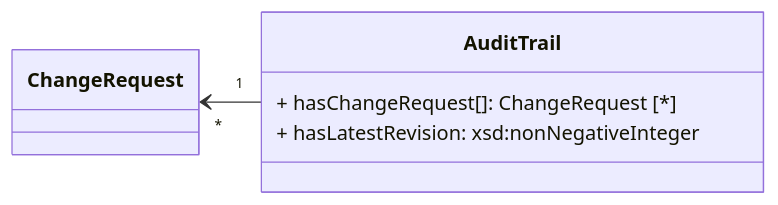
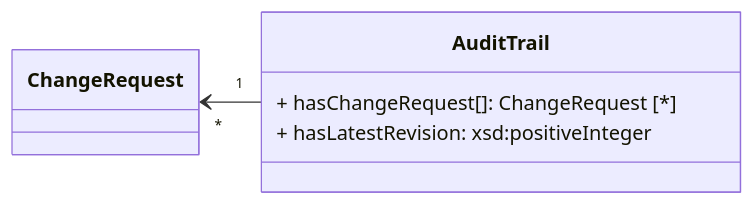
The second of 2 diagrams in working_draft/API/docs/logistics-objects.md (IATA-Cargo/ONE-Record), drawn with Mermaid before and after one commit. The commit also changed other lines of this file and 30 other files, not shown here.

````diff
--- a/working_draft/API/docs/logistics-objects.md
+++ b/working_draft/API/docs/logistics-objects.md
@@ -722,10 +722,10 @@
 ```mermaid
 classDiagram
     direction RL
 
     class AuditTrail{                
         + hasChangeRequest[]: ChangeRequest [*]                
-        + hasLatestRevision: xsd:nonNegativeInteger       
+        + hasLatestRevision: xsd:positiveInteger       
     }
     AuditTrail "1" --> "*" ChangeRequest
 ```
````
